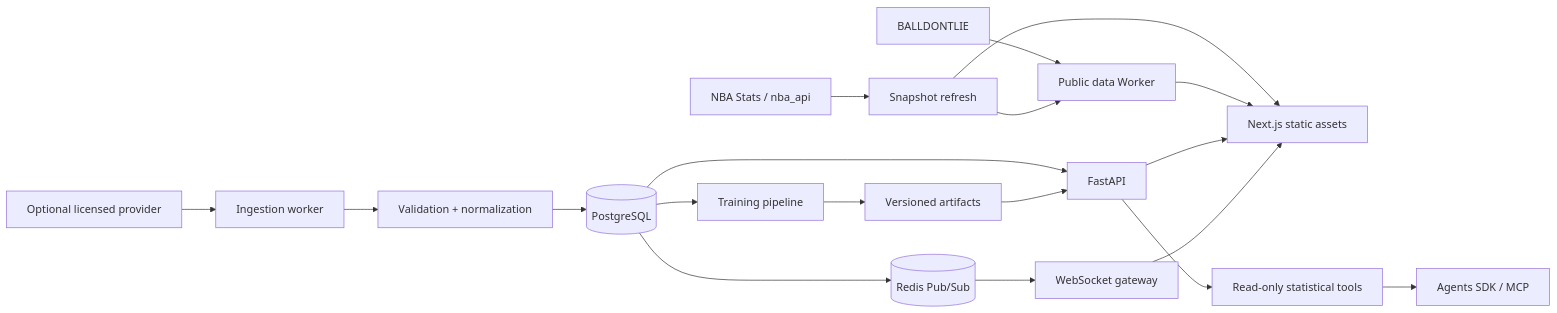
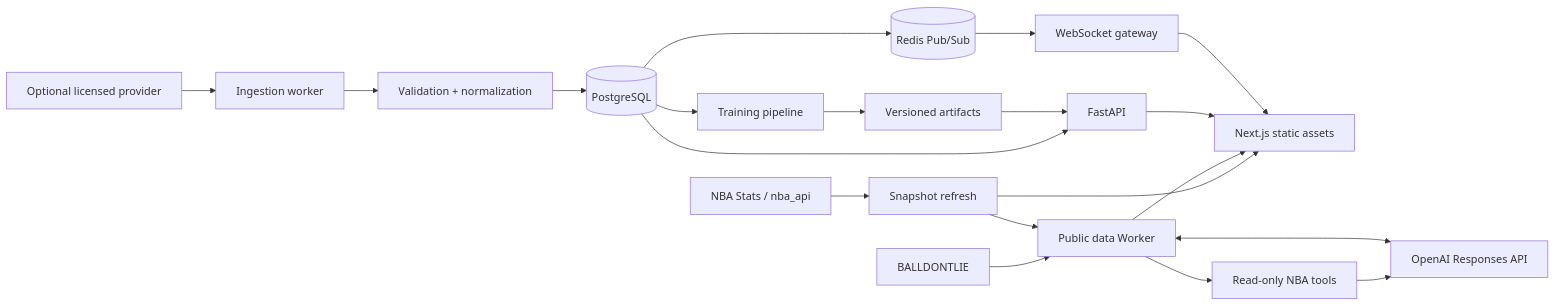
Before and after one commit to jonxsong/CourtVision: the diagram in ARCHITECTURE.md, drawn with Mermaid. The commit also changed other lines of this file and 10 other files, not shown here.

````diff
--- a/ARCHITECTURE.md
+++ b/ARCHITECTURE.md
@@ -9,21 +9,22 @@
 ```mermaid
 flowchart LR
     B[BALLDONTLIE] --> W[Public data Worker]
     N[NBA Stats / nba_api] --> S[Snapshot refresh]
     S --> W
     S --> WEB[Next.js static assets]
     W --> WEB
+    O[OpenAI Responses API] <--> W
     P[Optional licensed provider] --> I[Ingestion worker]
     I --> V[Validation + normalization]
     V --> PG[(PostgreSQL)]
     PG --> API[FastAPI]
     API --> WEB
     PG --> R[(Redis Pub/Sub)]
     R --> WS[WebSocket gateway]
     WS --> WEB
     PG --> ML[Training pipeline]
     ML --> A[Versioned artifacts]
     A --> API
-    API --> T[Read-only statistical tools]
-    T --> AG[Agents SDK / MCP]
+    W --> T[Read-only NBA tools]
+    T --> O
 ```
````
